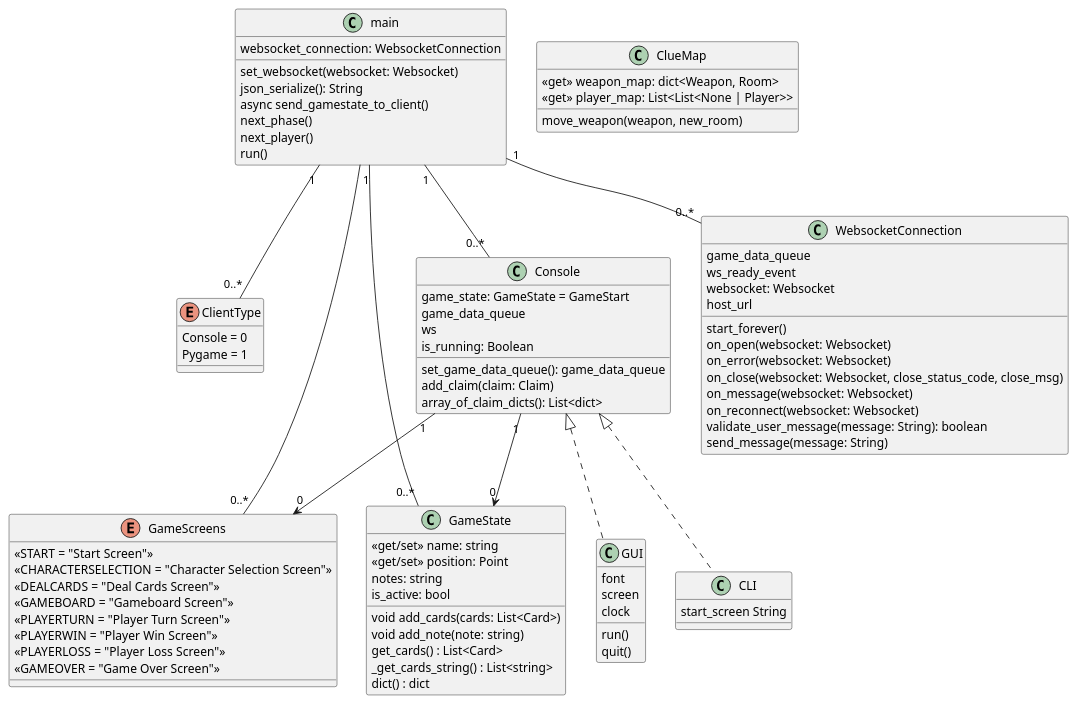
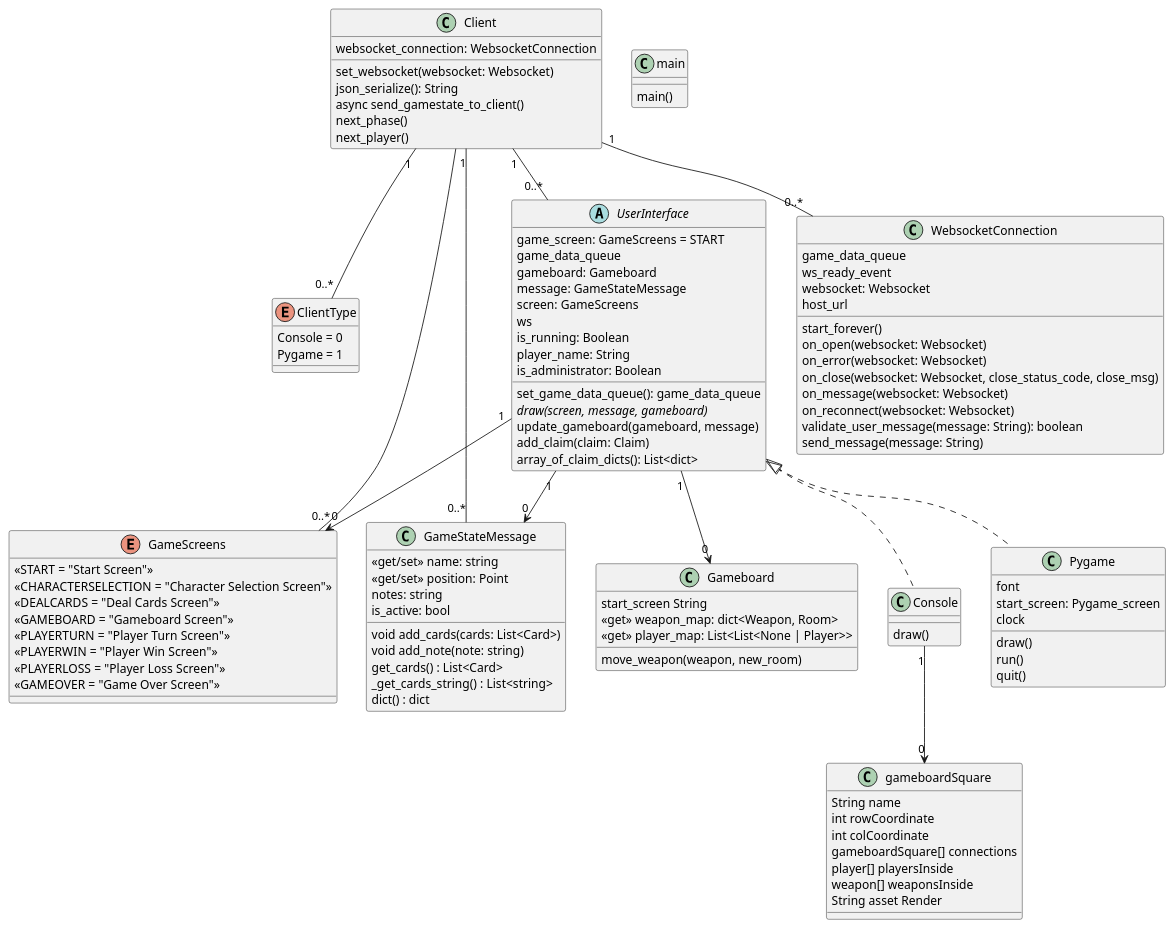
One commit to Greentrunk/clue-game-client changed the diagram in clue-client.puml. Above: the diagram before and after it, drawn with PlantUML. The commit also changed 8 other files, not shown here.

Commit message:
refactor with new UML. Some testing of GUI

```diff
--- a/clue-client.puml
+++ b/clue-client.puml
@@ -1,96 +1,119 @@
 @startuml
 'https://plantuml.com/class-diagram
 
-class main {
+class Client {
     websocket_connection: WebsocketConnection
     set_websocket(websocket: Websocket)
     json_serialize(): String
     async send_gamestate_to_client()
     next_phase()
     next_player()
-    run()
 }
 
 enum ClientType {
     Console = 0
     Pygame = 1
 }
 
-main -- "0..*" GameScreens
-main "1" -- "0..*" ClientType
-main "1" -- "0..*" GameState
-main "1" -- "0..*" WebsocketConnection
-main "1" -- "0..*" Console
-Console "1" --> "0" GameState
-Console "1" --> "0" GameScreens
+Client -- "0..*" GameScreens
+Client "1" -- "0..*" ClientType
+Client "1" -- "0..*" GameStateMessage
+Client "1" -- "0..*" WebsocketConnection
+Client "1" -- "0..*" UserInterface
+UserInterface "1" --> "0" GameStateMessage
+UserInterface "1" --> "0" Gameboard
+UserInterface "1" --> "0" GameScreens
+Console "1" --> "0" gameboardSquare
 
-class GameState {
+class main{
+    main()
+}
+
+class GameStateMessage {
     <<get/set>> name: string
     <<get/set>> position: Point
     notes: string
     is_active: bool
     void add_cards(cards: List<Card>)
     void add_note(note: string)
     get_cards() : List<Card>
     _get_cards_string() : List<string>
     dict() : dict
 }
 
-class Console {
-   game_state: GameState = GameStart
-   game_data_queue
-   ws
-   is_running: Boolean
-   set_game_data_queue(): game_data_queue
-}
 
-class GUI implements Console {
+class Pygame implements UserInterface {
     font
-    screen
+    start_screen: Pygame_screen
     clock
+    draw()
     run()
     quit()
 }
 
-class CLI implements Console {
-    start_screen String
+class Console implements UserInterface {
+    draw()
 }
 
-class Console {
-    add_claim(claim: Claim)
-    array_of_claim_dicts(): List<dict>
+class gameboardSquare {
+    String name
+    int rowCoordinate
+    int colCoordinate
+    gameboardSquare[] connections
+    player[] playersInside
+    weapon[] weaponsInside
+    String asset Render
+}
+
+class Gameboard {
+    start_screen String
+    <<get>> weapon_map: dict<Weapon, Room>
+    <<get>> player_map: List<List<None | Player>>
+    move_weapon(weapon, new_room)
+}
+
+
+abstract class UserInterface {
+   game_screen: GameScreens = START
+   game_data_queue
+   gameboard: Gameboard
+   message: GameStateMessage
+   screen: GameScreens
+   ws
+   is_running: Boolean
+   set_game_data_queue(): game_data_queue
+   {abstract}draw(screen, message, gameboard)
+   update_gameboard(gameboard, message)
+   player_name: String
+   is_administrator: Boolean
+   add_claim(claim: Claim)
+   array_of_claim_dicts(): List<dict>
 }
 
 class WebsocketConnection {
     game_data_queue
     ws_ready_event
     websocket: Websocket
     host_url
     start_forever()
     on_open(websocket: Websocket)
     on_error(websocket: Websocket)
     on_close(websocket: Websocket, close_status_code, close_msg)
     on_message(websocket: Websocket)
     on_reconnect(websocket: Websocket)
     validate_user_message(message: String): boolean
     send_message(message: String)
 }
 
-class ClueMap {
-    <<get>> weapon_map: dict<Weapon, Room>
-    <<get>> player_map: List<List<None | Player>>
-    move_weapon(weapon, new_room)
-}
-
 enum GameScreens {
     <<START = "Start Screen">>
     <<CHARACTERSELECTION = "Character Selection Screen">>
     <<DEALCARDS = "Deal Cards Screen">>
     <<GAMEBOARD = "Gameboard Screen">>
     <<PLAYERTURN = "Player Turn Screen">>
     <<PLAYERWIN = "Player Win Screen">>
     <<PLAYERLOSS = "Player Loss Screen">>
     <<GAMEOVER = "Game Over Screen">>
 }
 
 @enduml
```
